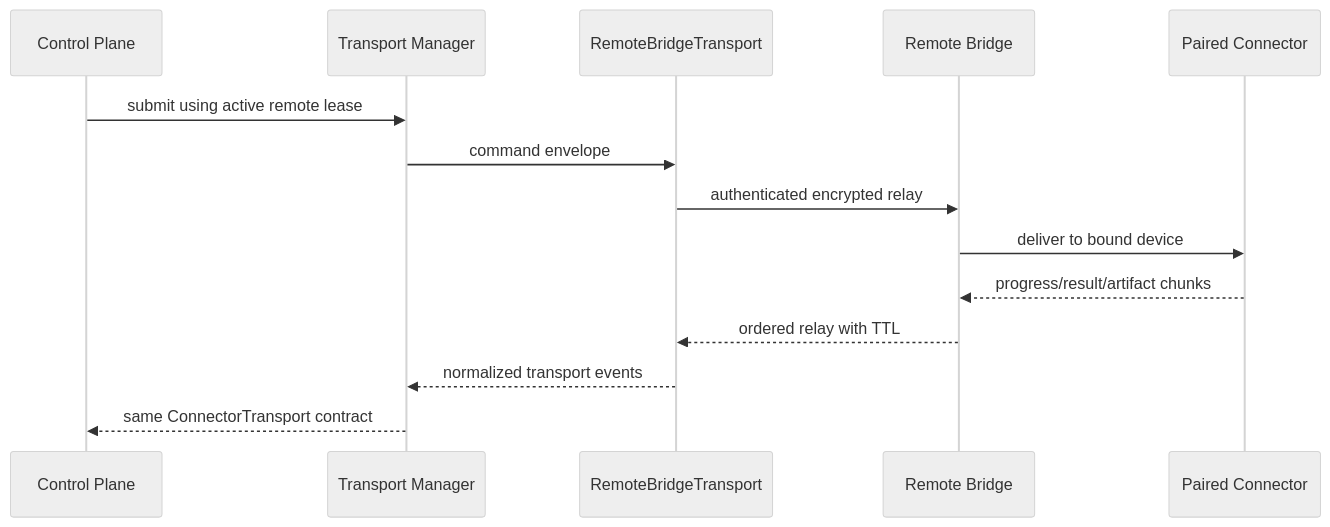
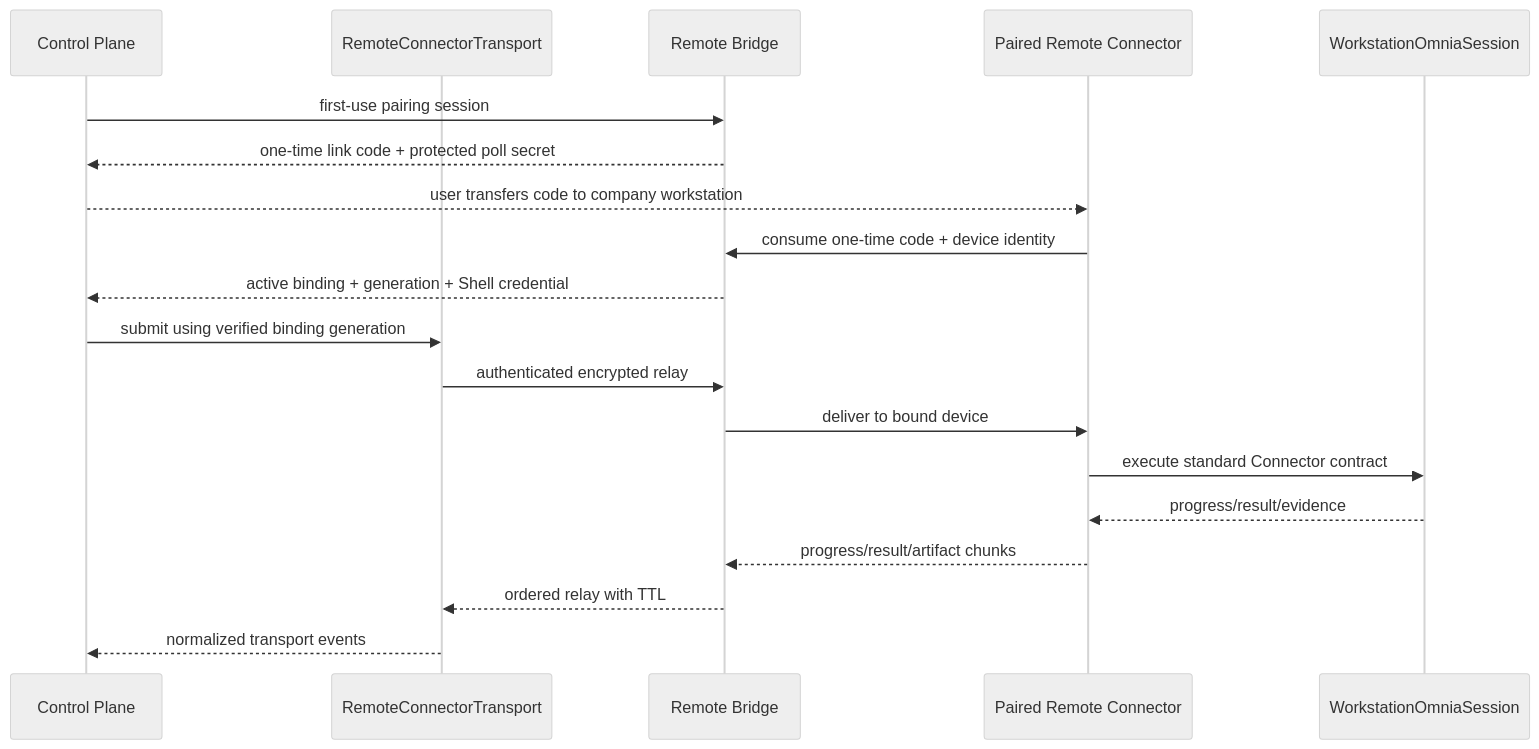
The seventh of 7 diagrams in docs/architecture/SYSTEM_ARCHITECTURE.md (coAtlus0916/omnia-agent-v2), drawn with Mermaid (neutral theme) before and after one commit. The commit also changed other lines of this file and 101 other files, not shown here.

Commit message:
feat: make Omnia Agent v5 Remote-only

````diff
--- a/docs/architecture/SYSTEM_ARCHITECTURE.md
+++ b/docs/architecture/SYSTEM_ARCHITECTURE.md
@@ -296,17 +275,22 @@
 ```mermaid
 sequenceDiagram
     participant C as Control Plane
-    participant TM as Transport Manager
-    participant R as RemoteBridgeTransport
+    participant R as RemoteConnectorTransport
     participant B as Remote Bridge
-    participant X as Paired Connector
+    participant X as Paired Remote Connector
+    participant S as WorkstationOmniaSession
 
-    C->>TM: submit using active remote lease
-    TM->>R: command envelope
+    C->>B: first-use pairing session
+    B-->>C: one-time link code + protected poll secret
+    C-->>X: user transfers code to company workstation
+    X->>B: consume one-time code + device identity
+    B-->>C: active binding + generation + Shell credential
+    C->>R: submit using verified binding generation
     R->>B: authenticated encrypted relay
     B->>X: deliver to bound device
+    X->>S: execute standard Connector contract
+    S-->>X: progress/result/evidence
     X-->>B: progress/result/artifact chunks
     B-->>R: ordered relay with TTL
-    R-->>TM: normalized transport events
-    TM-->>C: same ConnectorTransport contract
+    R-->>C: normalized transport events
 ```
````
